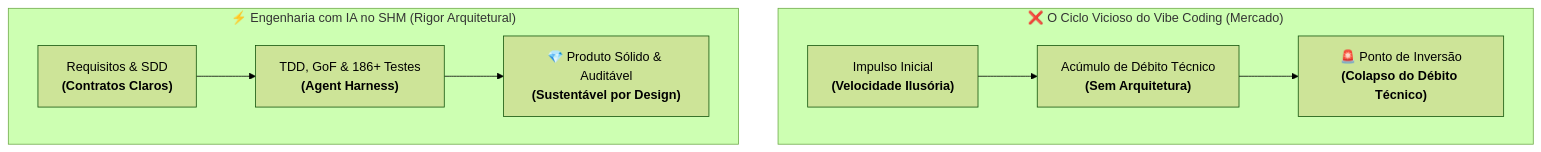
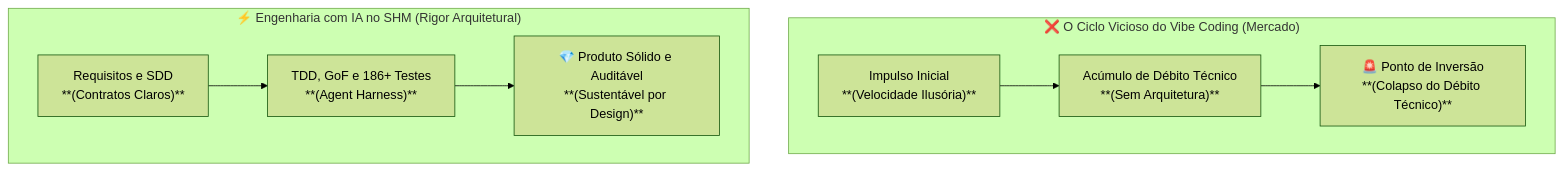
The first of 2 diagrams in Manifesto/manifesto.md (andresouza72br-sketch/SHM-Support-Hours-Manager), drawn with Mermaid (forest theme) before and after one commit. The commit also changed other lines of this file and 1 other file, not shown here.

Commit message:
docs: corrige renderizacao dos diagramas mermaid e adiciona links do linkedin no manifesto e readme

````diff
--- a/Manifesto/manifesto.md
+++ b/Manifesto/manifesto.md
@@ -52,12 +44,12 @@
 ```mermaid
 flowchart TD
-    subgraph Vibe["❌ O Ciclo Vicioso do Vibe Coding (Mercado)"]
+    subgraph Vibe ["❌ O Ciclo Vicioso do Vibe Coding (Mercado)"]
         direction LR
-        V1["Impulso Inicial<br><b>(Velocidade Ilusória)</b>"] --> V2["Acúmulo de Débito Técnico<br><b>(Sem Arquitetura)</b>"] --> V3["🚨 Ponto de Inversão<br><b>(Colapso do Débito Técnico)</b>"]
+        V1["Impulso Inicial<br>**(Velocidade Ilusória)**"] --> V2["Acúmulo de Débito Técnico<br>**(Sem Arquitetura)**"] --> V3["🚨 Ponto de Inversão<br>**(Colapso do Débito Técnico)**"]
     end
     
-    subgraph SHM["⚡ Engenharia com IA no SHM (Rigor Arquitetural)"]
+    subgraph SHM ["⚡ Engenharia com IA no SHM (Rigor Arquitetural)"]
         direction LR
-        S1["Requisitos & SDD<br><b>(Contratos Claros)</b>"] --> S2["TDD, GoF & 186+ Testes<br><b>(Agent Harness)</b>"] --> S3["💎 Produto Sólido & Auditável<br><b>(Sustentável por Design)</b>"]
+        S1["Requisitos e SDD<br>**(Contratos Claros)**"] --> S2["TDD, GoF e 186+ Testes<br>**(Agent Harness)**"] --> S3["💎 Produto Sólido e Auditável<br>**(Sustentável por Design)**"]
     end
 ```
````
